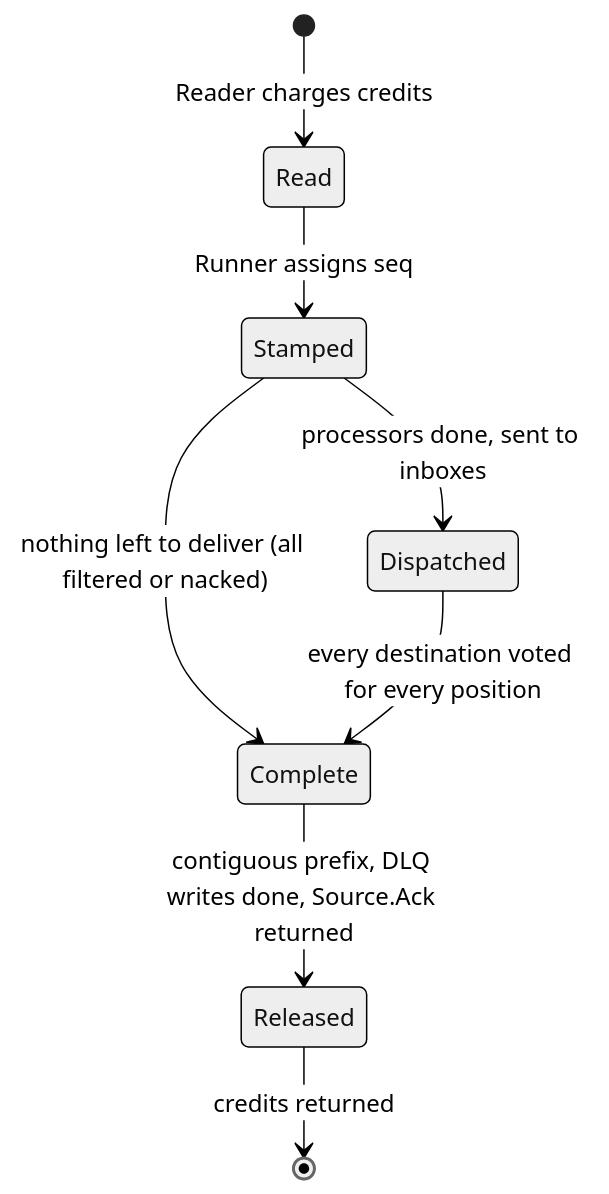
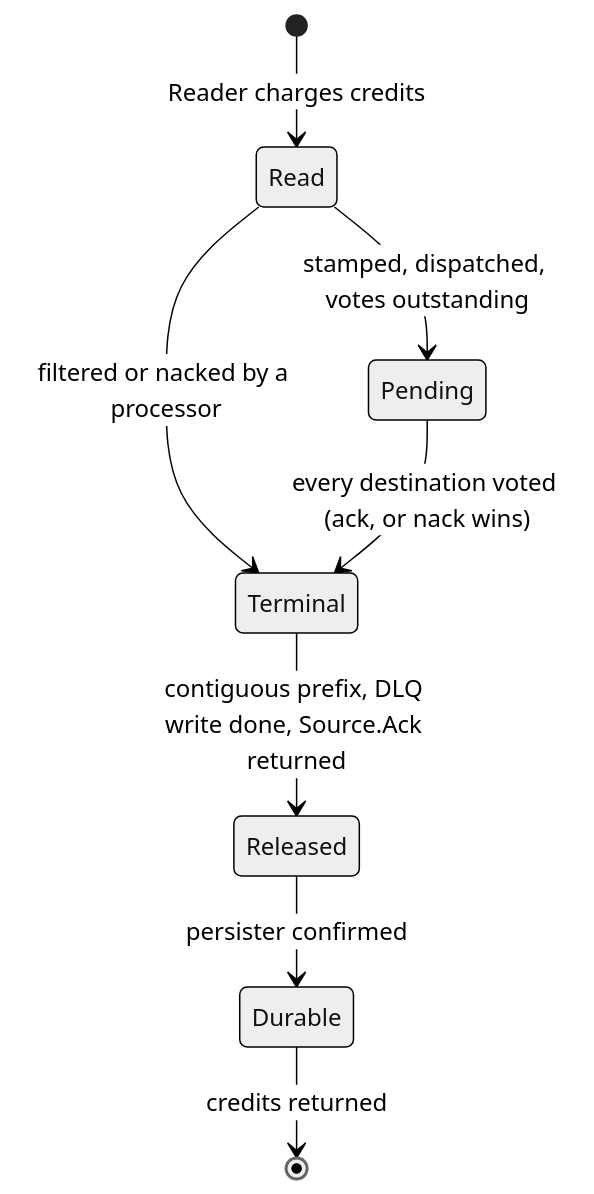
The second of 2 diagrams in docs/design-documents/20261009-staged-batch-engine.md (ConduitIO/conduit), drawn with Mermaid (neutral theme) before and after one commit. The commit also changed other lines of this file and 1 other file, not shown here.

````diff
--- a/docs/design-documents/20261009-staged-batch-engine.md
+++ b/docs/design-documents/20261009-staged-batch-engine.md
@@ -195,10 +229,10 @@
 ```mermaid
 stateDiagram-v2
     [*] --> Read: Reader charges credits
-    Read --> Stamped: Runner assigns seq
-    Stamped --> Dispatched: processors done, sent to inboxes
-    Stamped --> Complete: nothing left to deliver (all filtered or nacked)
-    Dispatched --> Complete: every destination voted for every position
-    Complete --> Released: contiguous prefix, DLQ writes done, Source.Ack returned
-    Released --> [*]: credits returned
+    Read --> Pending: stamped, dispatched, votes outstanding
+    Read --> Terminal: filtered or nacked by a processor
+    Pending --> Terminal: every destination voted (ack, or nack wins)
+    Terminal --> Released: contiguous prefix, DLQ write done, Source.Ack returned
+    Released --> Durable: persister confirmed
+    Durable --> [*]: credits returned
 ```
````
